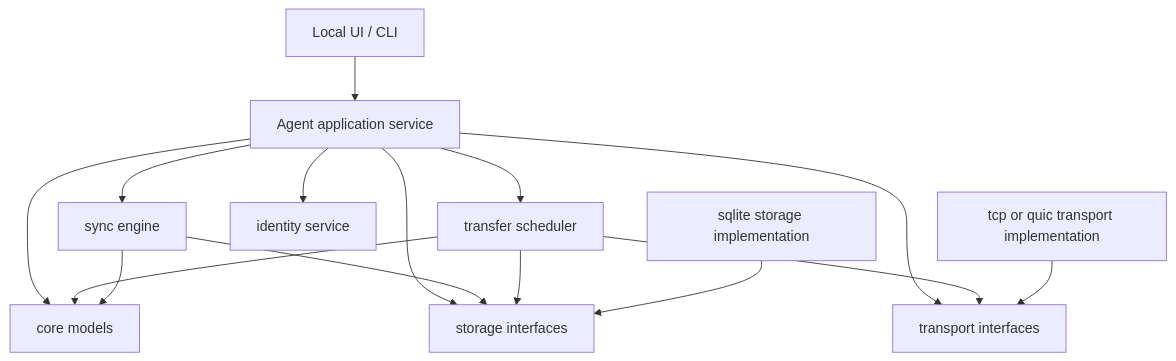
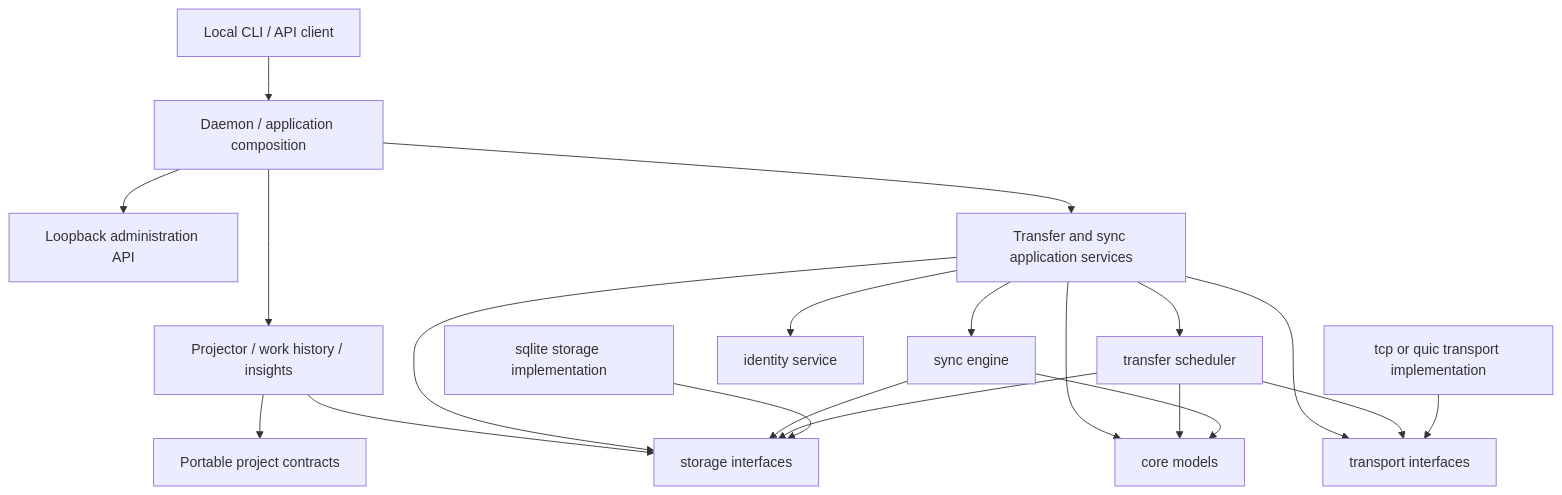
One commit to greadee/agent-action-sync changed the diagram in docs/architecture/overview.md. Above: the diagram before and after it, drawn with Mermaid. The commit also changed other lines of this file and 5 other files, not shown here.

````diff
--- a/docs/architecture/overview.md
+++ b/docs/architecture/overview.md
@@ -28,17 +42,22 @@
 ```mermaid
 flowchart TD
-    UI["Local UI / CLI"] --> Agent["Agent application service"]
+    CLI["Local CLI / API client"] --> Daemon["Daemon / application composition"]
+    Daemon --> API["Loopback administration API"]
+    Daemon --> Projector["Projector / work history / insights"]
+    Projector --> Project["Portable project contracts"]
+    Projector --> Storage
+    Daemon --> Agent["Transfer and sync application services"]
     Agent --> Core["core models"]
     Agent --> Transfer["transfer scheduler"]
     Agent --> Sync["sync engine"]
     Agent --> Identity["identity service"]
     Agent --> Storage["storage interfaces"]
     Agent --> Transport["transport interfaces"]
     Transfer --> Core
     Sync --> Core
     Sync --> Storage
     Transfer --> Storage
     Transfer --> Transport
     SQLite["sqlite storage implementation"] --> Storage
     TCP["tcp or quic transport implementation"] --> Transport
 ```
````
